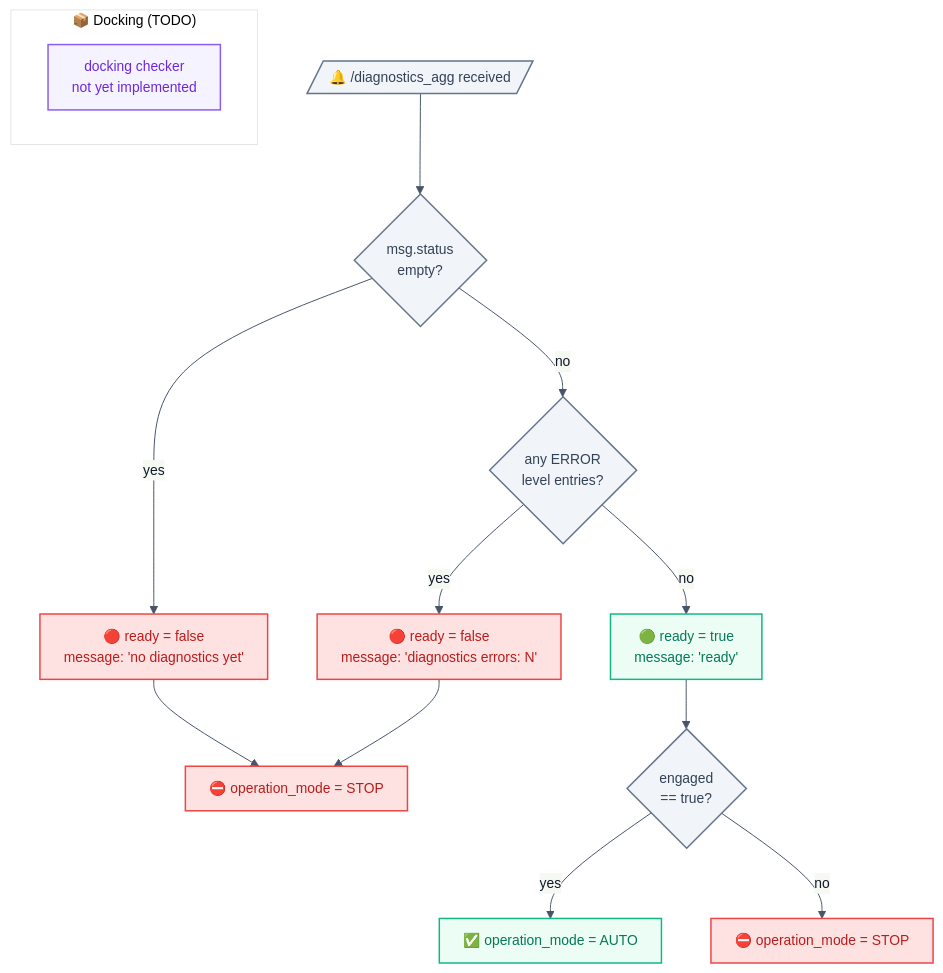
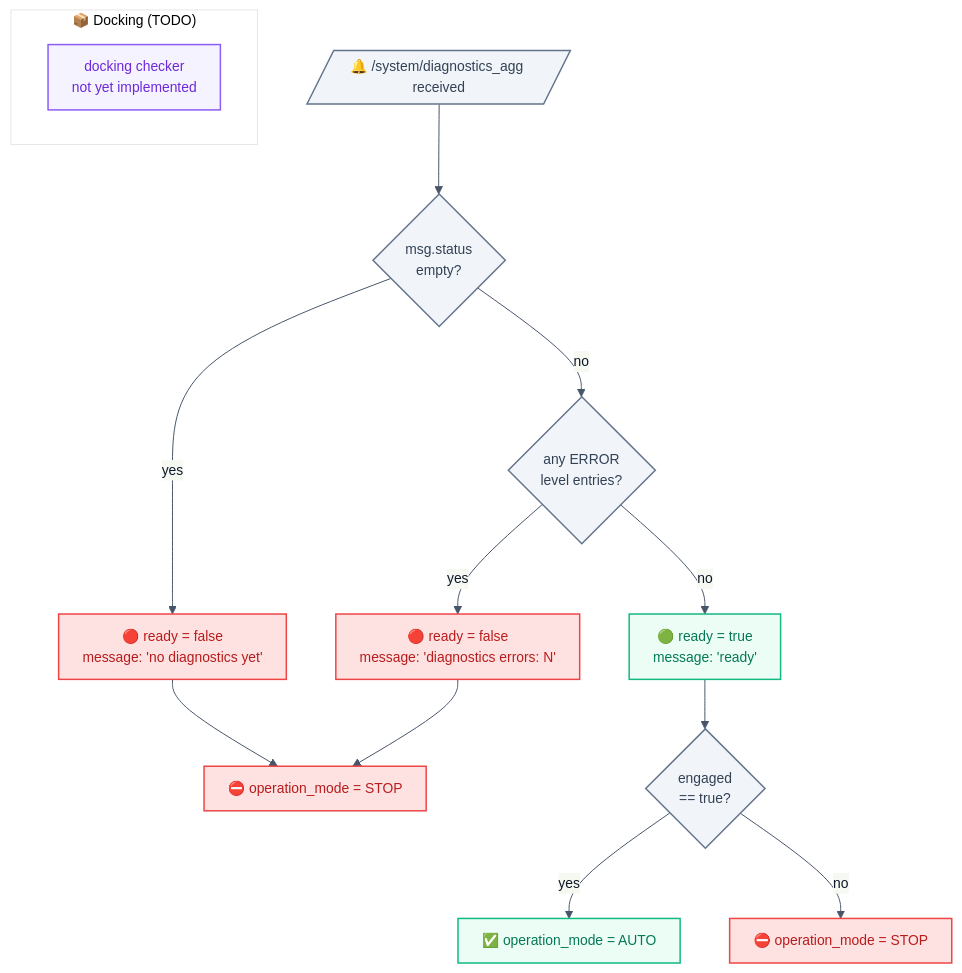
Before and after one commit to hwanhonglee/CAMROD: the third of 4 diagrams in camrod_system/README.md, drawn with Mermaid. The commit also changed other lines of this file and 184 other files, not shown here.

````diff
--- a/camrod_system/README.md
+++ b/camrod_system/README.md
@@ -116,24 +144,24 @@
 ```mermaid
 %%{init: {'theme': 'base', 'themeVariables': {'fontFamily': 'ui-sans-serif, system-ui, sans-serif', 'fontSize': '14px', 'primaryColor': '#F1F5F9', 'primaryTextColor': '#0F172A', 'primaryBorderColor': '#64748B', 'lineColor': '#475569'}, 'flowchart': {'curve': 'basis', 'htmlLabels': true, 'padding': 12}}}%%
 flowchart TD
-  A[/🔔 /diagnostics_agg received/]:::system --> B{msg.status\nempty?}:::system
+  A[/🔔 /system/diagnostics_agg received/]:::system --> B{msg.status\nempty?}:::system
   B -->|yes| C[🔴 ready = false\nmessage: 'no diagnostics yet']:::platform
   B -->|no| D{any ERROR\nlevel entries?}:::system
   D -->|yes| E[🔴 ready = false\nmessage: 'diagnostics errors: N']:::platform
   D -->|no| F[🟢 ready = true\nmessage: 'ready']:::localization
 
   C --> G[⛔ operation_mode = STOP]:::platform
   E --> G
   F --> H{engaged\n== true?}:::system
   H -->|yes| I[✅ operation_mode = AUTO]:::localization
   H -->|no| J[⛔ operation_mode = STOP]:::platform
 
   subgraph DOCKING_NOTE["📦 Docking (TODO)"]
     PTODO[docking checker\nnot yet implemented]:::docking
   end
 
   classDef system       fill:#F1F5F9,stroke:#64748B,stroke-width:1.5px,color:#334155;
   classDef localization fill:#ECFDF5,stroke:#10B981,stroke-width:1.5px,color:#047857;
   classDef platform     fill:#FEE2E2,stroke:#EF4444,stroke-width:1.5px,color:#B91C1C;
   classDef docking      fill:#F5F3FF,stroke:#8B5CF6,stroke-width:1.5px,color:#6D28D9;
 ```
````
